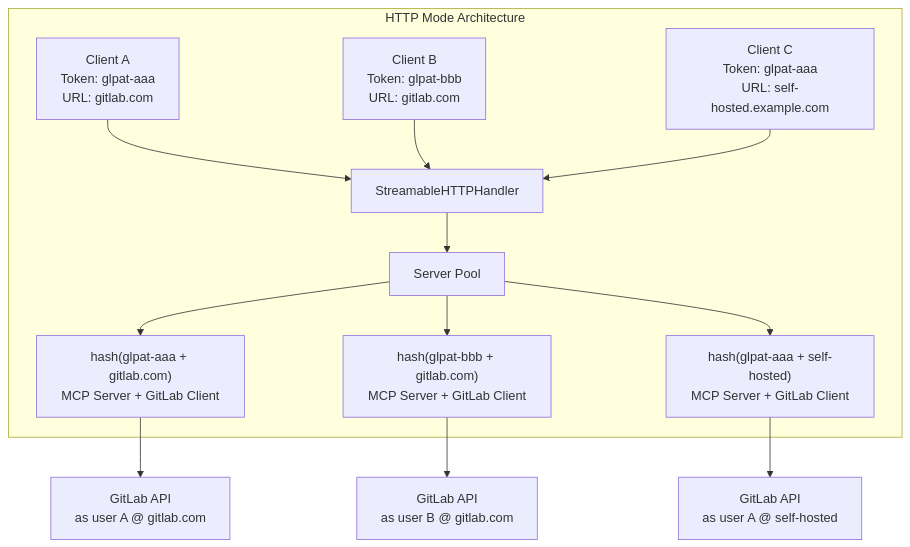
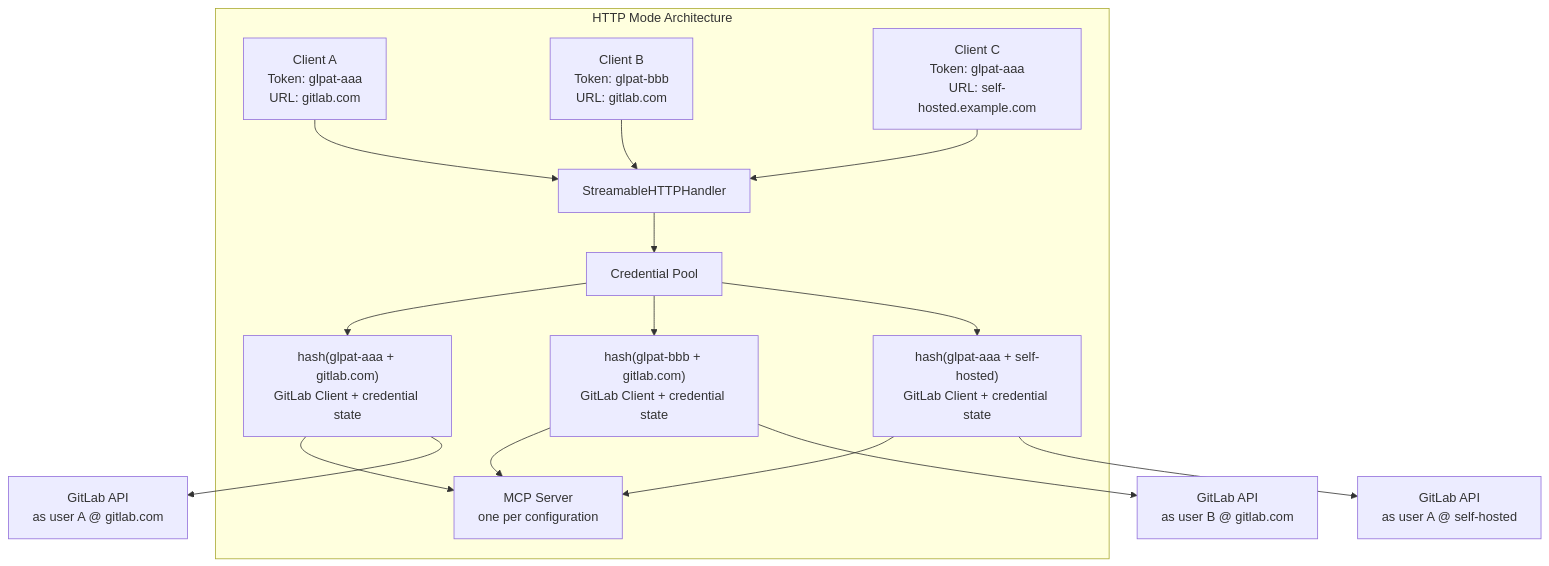
The diagram in site/src/content/docs/operations/http-server.mdx (jmrplens/gitlab-mcp-server), drawn with Mermaid before and after one commit. The commit also changed other lines of this file and 73 other files, not shown here.

````diff
--- a/site/src/content/docs/operations/http-server.mdx
+++ b/site/src/content/docs/operations/http-server.mdx
@@ -313,18 +313,22 @@
 ```mermaid
 graph TD
     subgraph "HTTP Mode Architecture"
         REQ1["Client A<br/>Token: glpat-aaa<br/>URL: gitlab.com"] --> HANDLER[StreamableHTTPHandler]
         REQ2["Client B<br/>Token: glpat-bbb<br/>URL: gitlab.com"] --> HANDLER
         REQ3["Client C<br/>Token: glpat-aaa<br/>URL: self-hosted.example.com"] --> HANDLER
 
-        HANDLER --> POOL[Server Pool]
+        HANDLER --> POOL[Credential Pool]
 
-        POOL --> ENTRY1["hash(glpat-aaa + gitlab.com)<br/>MCP Server + GitLab Client"]
-        POOL --> ENTRY2["hash(glpat-bbb + gitlab.com)<br/>MCP Server + GitLab Client"]
-        POOL --> ENTRY3["hash(glpat-aaa + self-hosted)<br/>MCP Server + GitLab Client"]
+        POOL --> ENTRY1["hash(glpat-aaa + gitlab.com)<br/>GitLab Client + credential state"]
+        POOL --> ENTRY2["hash(glpat-bbb + gitlab.com)<br/>GitLab Client + credential state"]
+        POOL --> ENTRY3["hash(glpat-aaa + self-hosted)<br/>GitLab Client + credential state"]
+
+        ENTRY1 --> SHARED["MCP Server<br/>one per configuration"]
+        ENTRY2 --> SHARED
+        ENTRY3 --> SHARED
     end
 
     ENTRY1 --> GL1["GitLab API<br/>as user A @ gitlab.com"]
     ENTRY2 --> GL2["GitLab API<br/>as user B @ gitlab.com"]
     ENTRY3 --> GL3["GitLab API<br/>as user A @ self-hosted"]
 ```
````
